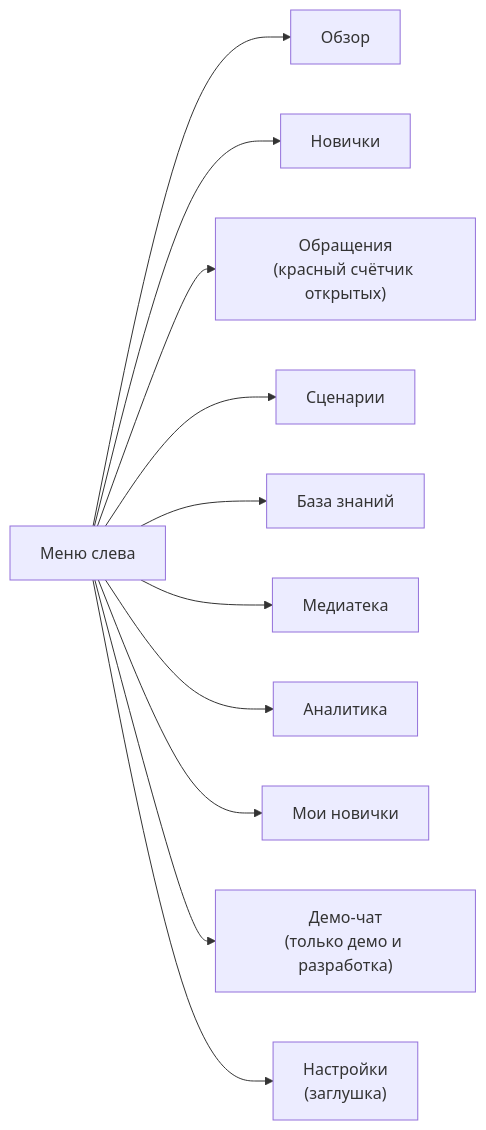
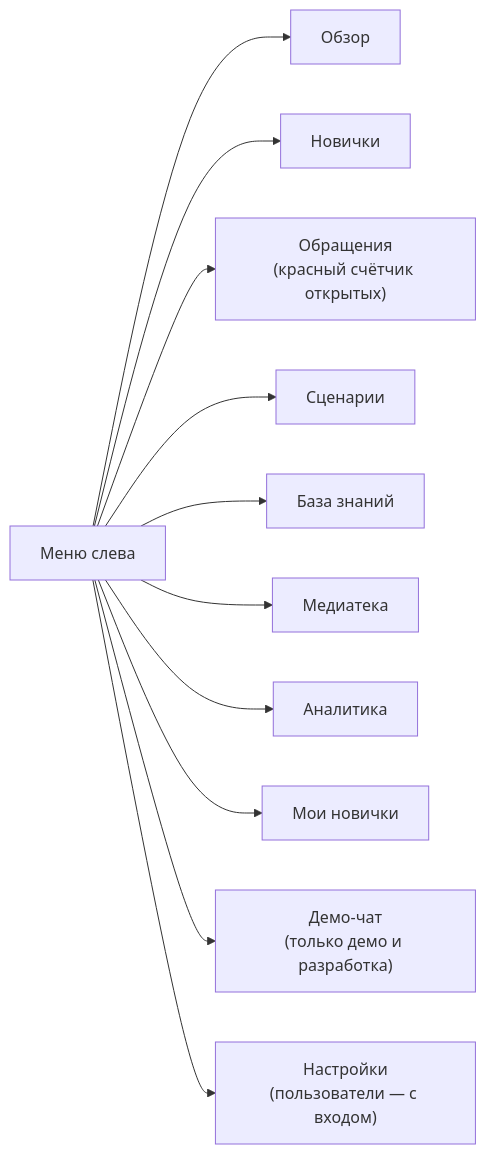
One commit to kunak-agency/polyplastic-bot changed the first of 2 diagrams in agency/system/Human/06-hr-cabinet-guide.md. Above: the diagram before and after it, drawn with Mermaid. The commit also changed other lines of this file and 11 other files, not shown here.

````diff
--- a/agency/system/Human/06-hr-cabinet-guide.md
+++ b/agency/system/Human/06-hr-cabinet-guide.md
@@ -19,13 +19,13 @@
 ```mermaid
 flowchart LR
     M["Меню слева"] --> O["Обзор"]
     M --> N["Новички"]
     M --> T["Обращения<br/>(красный счётчик открытых)"]
     M --> S["Сценарии"]
     M --> K["База знаний"]
     M --> MD["Медиатека"]
     M --> A["Аналитика"]
     M --> MY["Мои новички"]
     M --> DC["Демо-чат<br/>(только демо и разработка)"]
-    M --> ST["Настройки<br/>(заглушка)"]
+    M --> ST["Настройки<br/>(пользователи — с входом)"]
 ```
````
